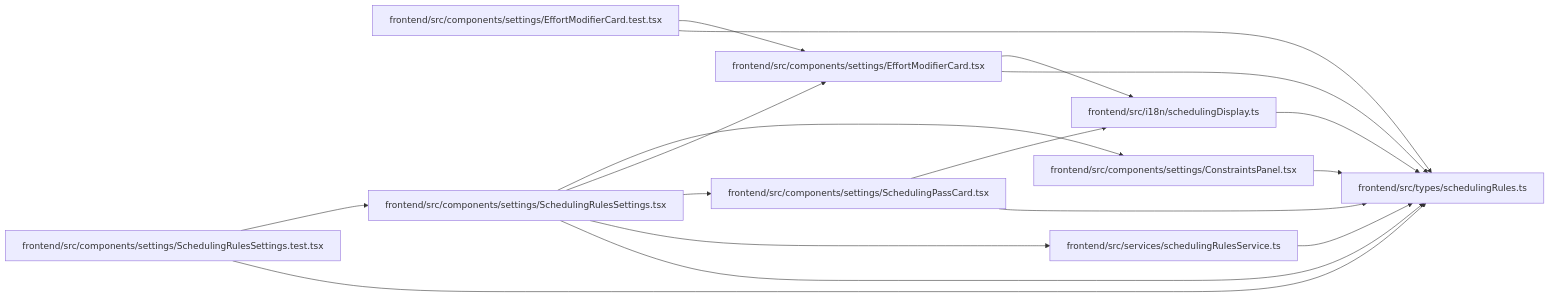
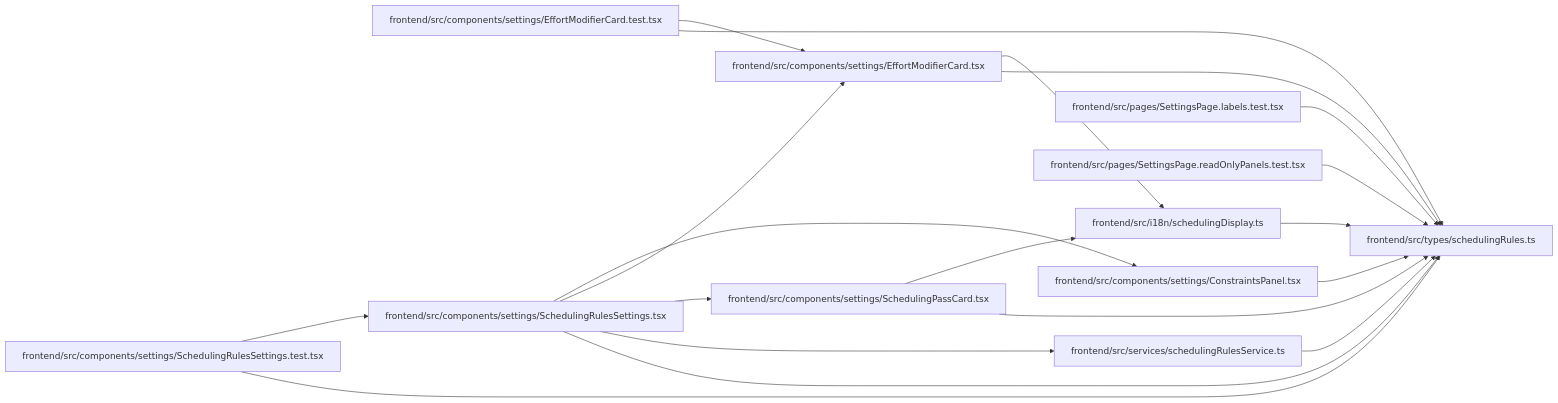
The diagram in docs/llm_wiki/modules/schedulingRules.md (Denissvgn/WorkChord), drawn with Mermaid before and after one commit. The commit also changed other lines of this file and 2373 other files, not shown here.

````diff
--- a/docs/llm_wiki/modules/schedulingRules.md
+++ b/docs/llm_wiki/modules/schedulingRules.md
@@ -24,37 +24,43 @@
 ```mermaid
 flowchart LR
     n0["frontend/src/components/settings/ConstraintsPanel.tsx"]
     n1["frontend/src/components/settings/EffortModifierCard.test.tsx"]
     n2["frontend/src/components/settings/EffortModifierCard.tsx"]
     n3["frontend/src/components/settings/SchedulingPassCard.tsx"]
     n4["frontend/src/components/settings/SchedulingRulesSettings.test.tsx"]
     n5["frontend/src/components/settings/SchedulingRulesSettings.tsx"]
     n6["frontend/src/i18n/schedulingDisplay.ts"]
-    n7["frontend/src/services/schedulingRulesService.ts"]
-    n8["frontend/src/types/schedulingRules.ts"]
-    n0 --> n8
+    n7["frontend/src/pages/SettingsPage.labels.test.tsx"]
+    n8["frontend/src/pages/SettingsPage.readOnlyPanels.test.tsx"]
+    n9["frontend/src/services/schedulingRulesService.ts"]
+    n10["frontend/src/types/schedulingRules.ts"]
+    n0 --> n10
     n1 --> n2
-    n1 --> n8
+    n1 --> n10
     n2 --> n6
-    n2 --> n8
+    n2 --> n10
     n3 --> n6
-    n3 --> n8
+    n3 --> n10
     n4 --> n5
-    n4 --> n8
+    n4 --> n10
     n5 --> n0
     n5 --> n2
     n5 --> n3
-    n5 --> n7
-    n5 --> n8
-    n6 --> n8
-    n7 --> n8
+    n5 --> n9
+    n5 --> n10
+    n6 --> n10
+    n7 --> n10
+    n8 --> n10
+    n9 --> n10
     click n0 "../modules/ConstraintsPanel.md"
     click n1 "../modules/EffortModifierCard.test.md"
     click n2 "../modules/EffortModifierCard.md"
     click n3 "../modules/SchedulingPassCard.md"
     click n4 "../modules/SchedulingRulesSettings.test.md"
     click n5 "../modules/SchedulingRulesSettings.md"
     click n6 "../modules/schedulingDisplay.md"
-    click n7 "../modules/schedulingRulesService.md"
-    click n8 "../modules/schedulingRules.md"
+    click n7 "../modules/SettingsPage.labels.test.md"
+    click n8 "../modules/SettingsPage.readOnlyPanels.test.md"
+    click n9 "../modules/schedulingRulesService.md"
+    click n10 "../modules/schedulingRules.md"
 ```
````
